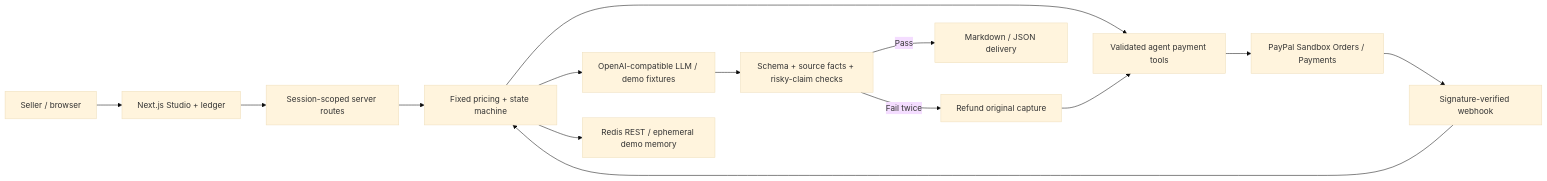
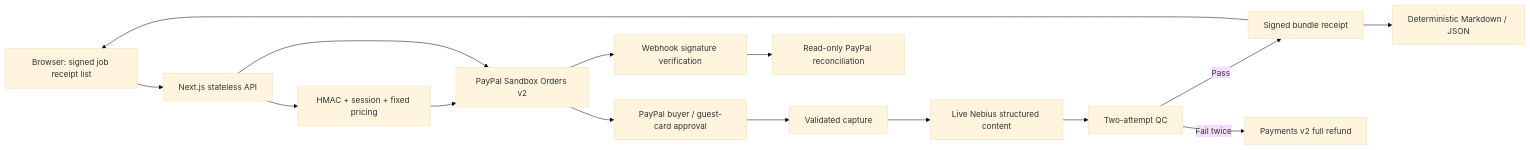
The diagram in README.md (kks0488/paid-agent-studio), drawn with Mermaid (base theme) before and after one commit. The commit also changed other lines of this file and 26 other files, not shown here.

Commit message:
Enable stateless live PayPal Sandbox checkout, delivery and refunds

````diff
--- a/README.md
+++ b/README.md
@@ -39,16 +47,17 @@
 ```mermaid
 flowchart LR
-  Seller[Seller / browser] --> UI[Next.js Studio + ledger]
-  UI --> API[Session-scoped server routes]
-  API --> Policy[Fixed pricing + state machine]
-  Policy --> Tools[Validated agent payment tools]
-  Tools --> PayPal[PayPal Sandbox Orders / Payments]
-  PayPal --> Verify[Signature-verified webhook]
-  Verify --> Policy
-  Policy --> AI[OpenAI-compatible LLM / demo fixtures]
-  AI --> QC[Schema + source facts + risky-claim checks]
-  QC -->|Pass| Files[Markdown / JSON delivery]
-  QC -->|Fail twice| Refund[Refund original capture]
-  Refund --> Tools
-  Policy --> Store[Redis REST / ephemeral demo memory]
+  Browser[Browser: signed job receipt list] --> API[Next.js stateless API]
+  API --> Signature[HMAC + session + fixed pricing]
+  Signature --> Orders[PayPal Sandbox Orders v2]
+  Orders --> Checkout[PayPal buyer / guest-card approval]
+  Checkout --> Capture[Validated capture]
+  Capture --> AI[Live Nebius structured content]
+  AI --> QC[Two-attempt QC]
+  QC -->|Pass| Receipt[Signed bundle receipt]
+  Receipt --> Browser
+  Receipt --> Files[Deterministic Markdown / JSON]
+  QC -->|Fail twice| Refund[Payments v2 full refund]
+  Orders --> Webhook[Webhook signature verification]
+  Webhook --> Reconcile[Read-only PayPal reconciliation]
+  API --> Orders
 ```
````
